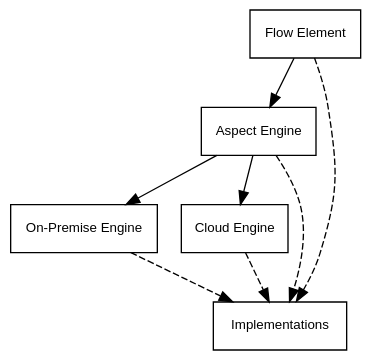
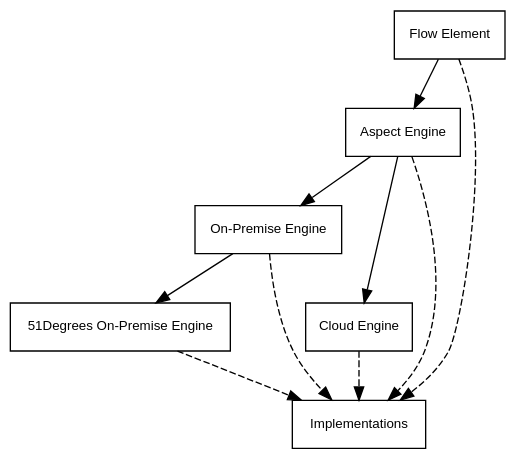
Before and after one commit to 51Degrees/documentation: the diagram in src/graphs/flowelement-hierarchy.dot, drawn with Graphviz. The commit also changed 3 other files, not shown here.

Commit message:
DOC: Documented 51Degrees on-premise engines.

```diff
--- a/src/graphs/flowelement-hierarchy.dot
+++ b/src/graphs/flowelement-hierarchy.dot
@@ -1,21 +1,21 @@
 digraph H {
     bgcolor=transparent;
     node [shape=record, fontname=Helvetica, fontsize=10];
     
     FE [label="Flow Element", URL="@ref Concepts_FlowElements_FlowElement"];
     AE [label="Aspect Engine", URL="@ref Concepts_FlowElements_AspectEngine"];
-    //FODE [label="51Degrees Engine", URL="@ref Concepts_FlowElements_FiftyOneEngine"];
+    FODE [label="51Degrees On-Premise Engine", URL="@ref Concepts_FlowElements_FiftyOneOnPremiseEngine"];
     OPE [label="On-Premise Engine", URL="@ref Concepts_FlowElements_OnPremiseEngine"];
     CE [label="Cloud Engine", URL="@ref Concepts_FlowElements_CloudEngine"];
     I [label=Implementations, URL="@ref Services_Index"];
     
-    FE -> AE -> OPE;
+    FE -> AE -> OPE -> FODE;
     AE -> CE;
     
     edge[style=dashed];
     FE -> I;
     AE -> I;
-    //FODE -> I;
+    FODE -> I;
     OPE -> I;
     CE -> I;
 }
```
